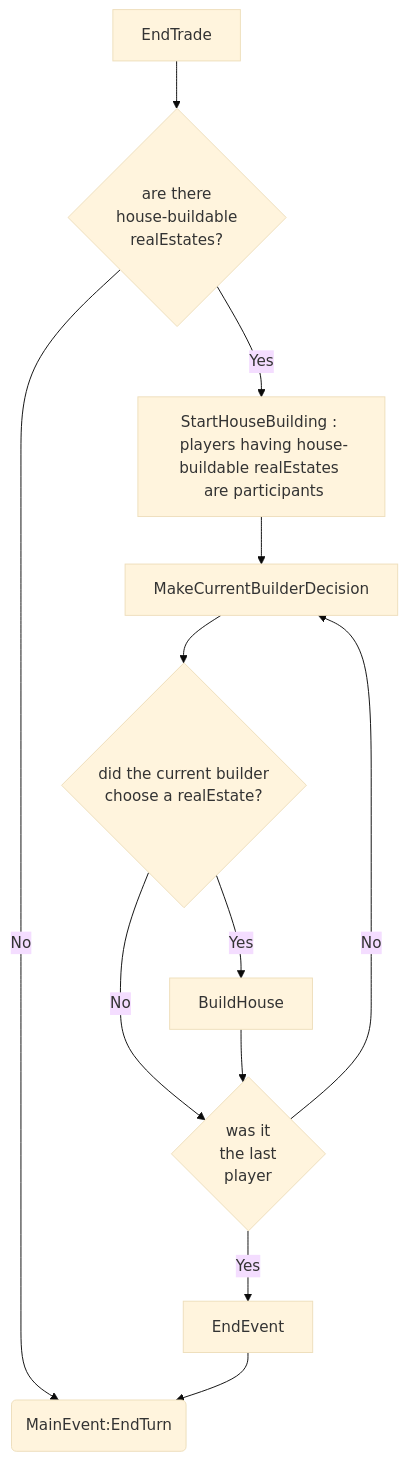
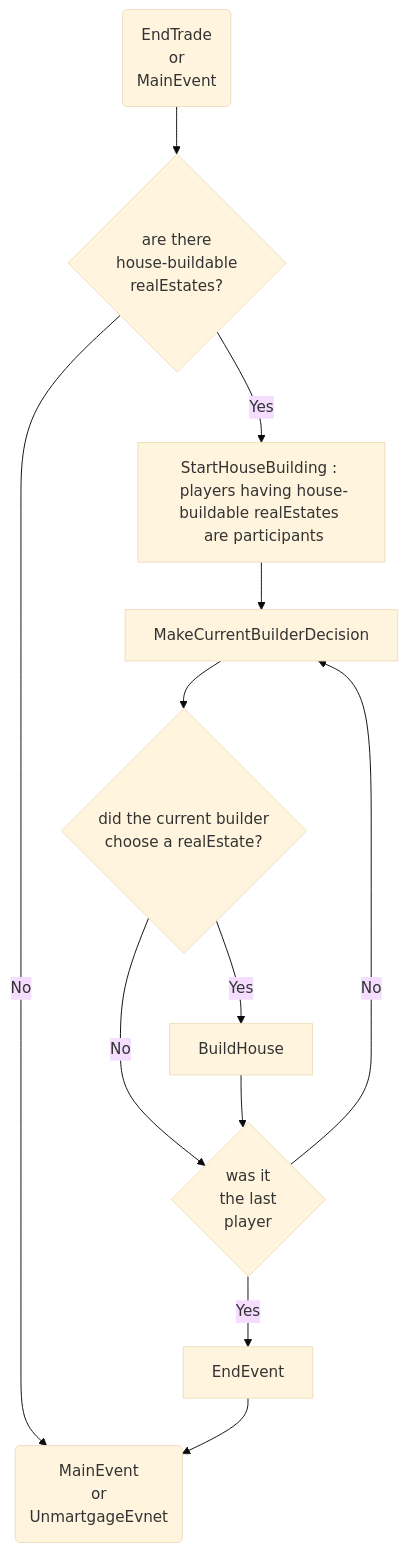
Before and after one commit to crimson206/MonopolyWithCSharp: the diagram in UML/HouseBuildingEventFlowChart.md, drawn with Mermaid (base theme). The commit also changed other lines of this file and 5 other files, not shown here.

Commit message:
Uml : updated flowcharts (#45)

````diff
--- a/UML/HouseBuildingEventFlowChart.md
+++ b/UML/HouseBuildingEventFlowChart.md
@@ -1,25 +3,28 @@
 ```mermaid
 flowchart TB
-    A[EndTrade] --> B{are there \n house-buildable \n realEstates?}
+
+
+
+    A(EndTrade \n or \n MainEvent) --> B{are there \n house-buildable \n realEstates?}
 
     B -- Yes --> C[StartHouseBuilding : \n players having house-buildable realEstates \n are participants]
 
     B -- No --> H
 
     C--> J[MakeCurrentBuilderDecision]
 
     J --> I{did the current builder \n choose a realEstate? }
 
     I -- Yes --> E[BuildHouse]
 
     I -- No --> G
 
     E --> G{was it \n the last \n player}
 
     G -- Yes --> K
 
-    K[EndEvent] --> H(MainEvent:EndTurn)
+    K[EndEvent] --> H(MainEvent \n or \n UnmartgageEvnet)
 
     G -- No --> J
 
 ```
````
